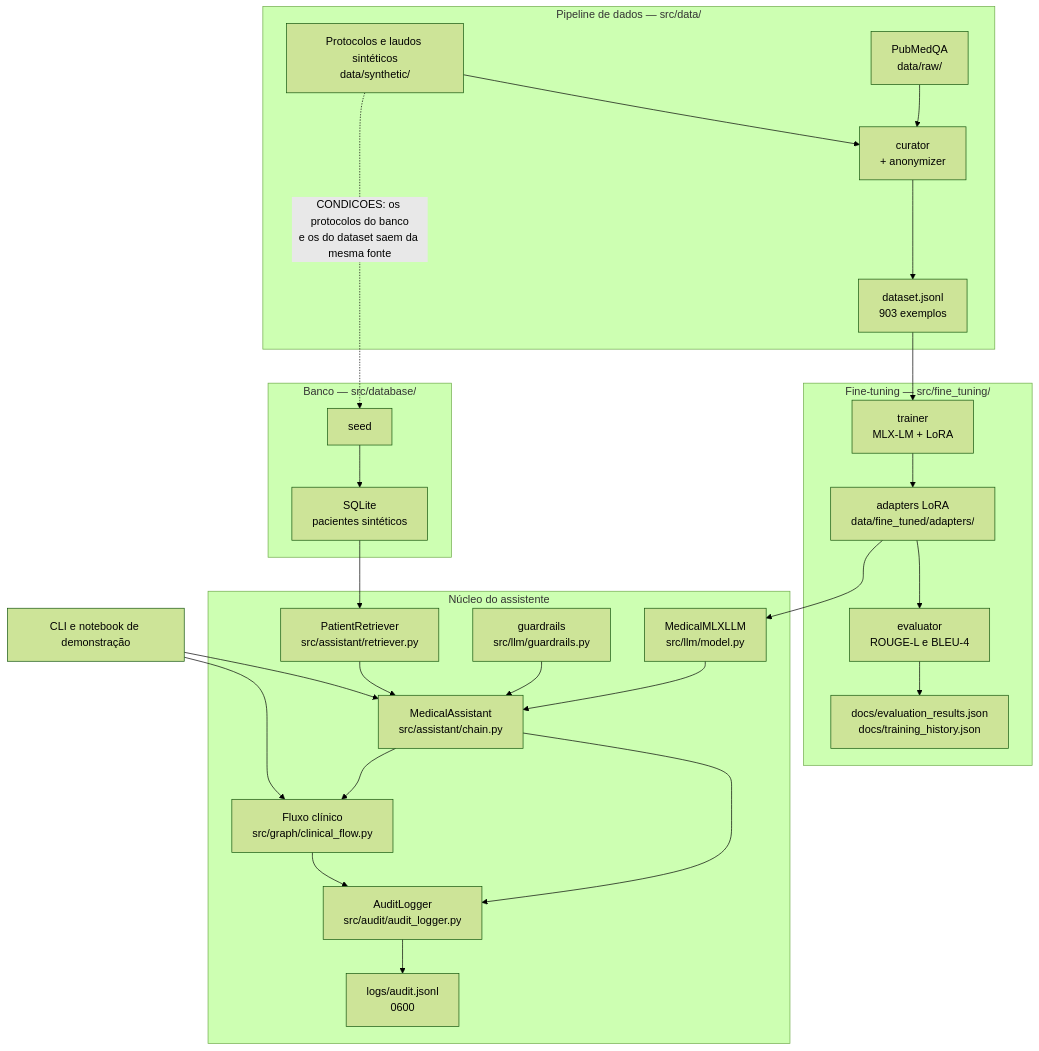
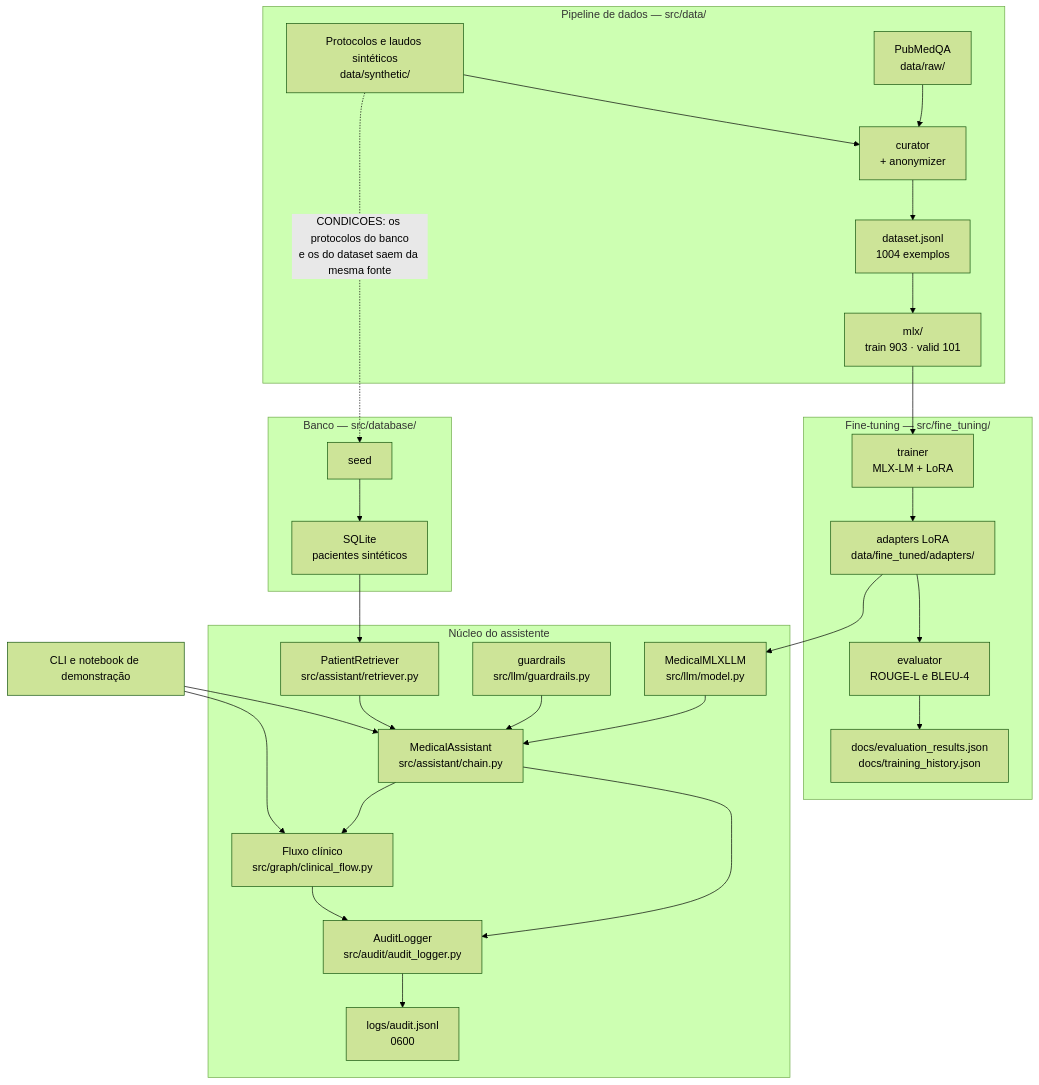
Before and after one commit to oryange/tech-challenge-group-24: the first of 3 diagrams in docs/diagramas.md, drawn with Mermaid (forest theme). The commit also changed 1 other file, not shown here.

````diff
--- a/docs/diagramas.md
+++ b/docs/diagramas.md
@@ -18,54 +18,56 @@
 ```mermaid
 flowchart TB
     subgraph dados["Pipeline de dados — src/data/"]
         PUBMED["PubMedQA<br/>data/raw/"]
         SINT["Protocolos e laudos sintéticos<br/>data/synthetic/"]
         CURATOR["curator<br/>+ anonymizer"]
-        DATASET["dataset.jsonl<br/>903 exemplos"]
+        DATASET["dataset.jsonl<br/>1004 exemplos"]
+        SPLIT["mlx/<br/>train 903 · valid 101"]
         PUBMED --> CURATOR
         SINT --> CURATOR
         CURATOR --> DATASET
+        DATASET --> SPLIT
     end
 
     subgraph ft["Fine-tuning — src/fine_tuning/"]
         TRAINER["trainer<br/>MLX-LM + LoRA"]
         ADAPTERS["adapters LoRA<br/>data/fine_tuned/adapters/"]
         EVALUATOR["evaluator<br/>ROUGE-L e BLEU-4"]
         METRICAS["docs/evaluation_results.json<br/>docs/training_history.json"]
         TRAINER --> ADAPTERS
         ADAPTERS --> EVALUATOR
         EVALUATOR --> METRICAS
     end
 
     subgraph banco["Banco — src/database/"]
         SEED["seed"]
         SQLITE["SQLite<br/>pacientes sintéticos"]
         SEED --> SQLITE
     end
 
     subgraph nucleo["Núcleo do assistente"]
         LLM["MedicalMLXLLM<br/>src/llm/model.py"]
         GUARD["guardrails<br/>src/llm/guardrails.py"]
         RETRIEVER["PatientRetriever<br/>src/assistant/retriever.py"]
         ASSIST["MedicalAssistant<br/>src/assistant/chain.py"]
         GRAPH["Fluxo clínico<br/>src/graph/clinical_flow.py"]
         AUDIT["AuditLogger<br/>src/audit/audit_logger.py"]
         TRILHA["logs/audit.jsonl<br/>0600"]
         LLM --> ASSIST
         GUARD --> ASSIST
         RETRIEVER --> ASSIST
         ASSIST --> GRAPH
         ASSIST --> AUDIT
         GRAPH --> AUDIT
         AUDIT --> TRILHA
     end
 
     CLI["CLI e notebook de demonstração"]
 
-    DATASET --> TRAINER
+    SPLIT --> TRAINER
     ADAPTERS --> LLM
     SINT -. "CONDICOES: os protocolos do banco<br/>e os do dataset saem da mesma fonte" .-> SEED
     SQLITE --> RETRIEVER
     CLI --> ASSIST
     CLI --> GRAPH
 ```
````
